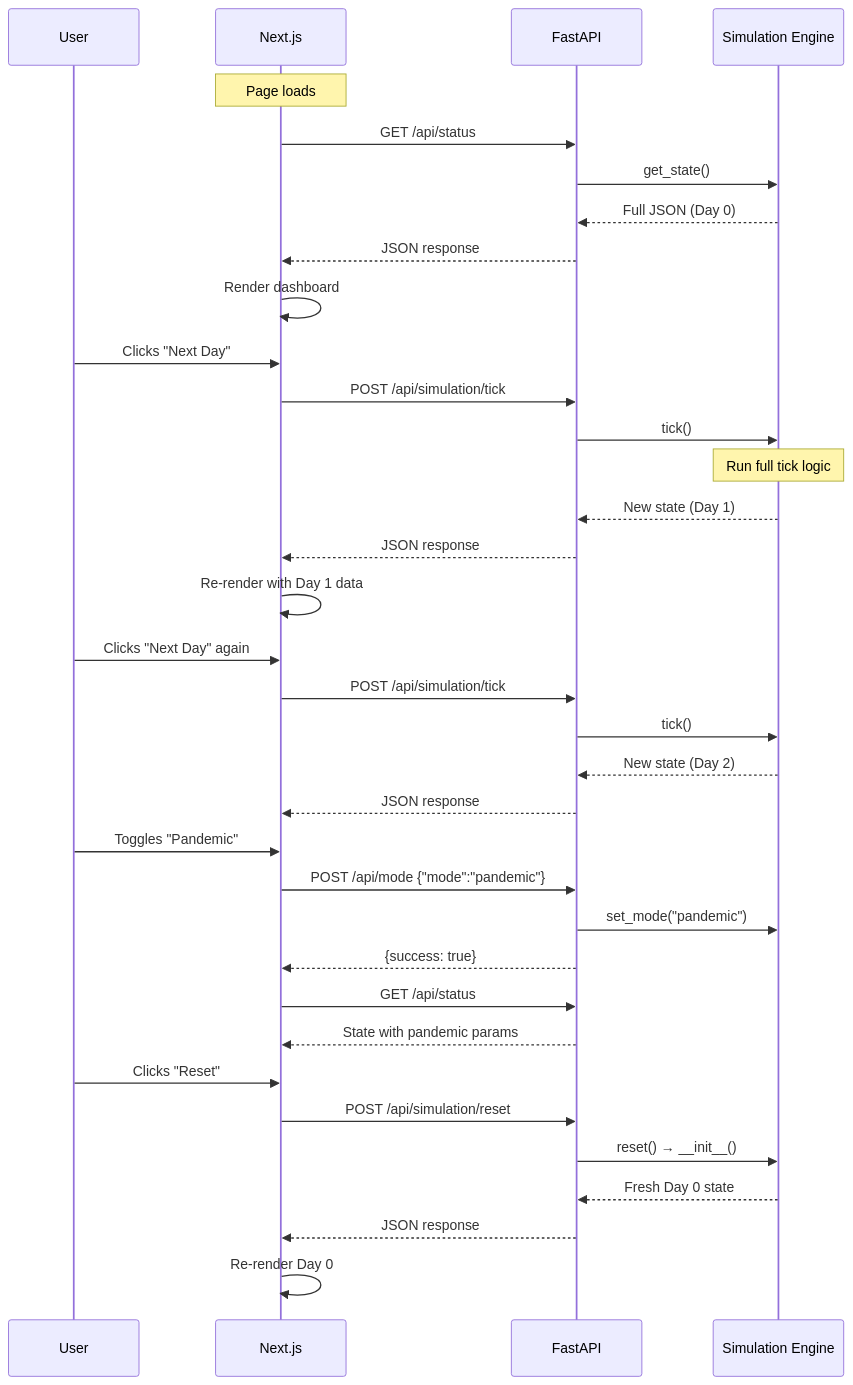
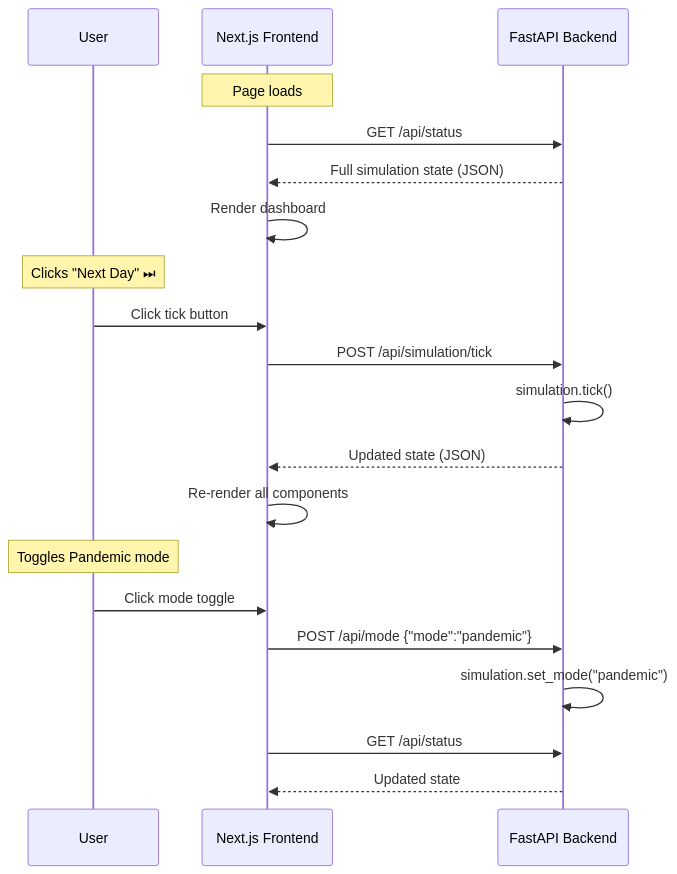
One commit to AkshitBahl/PythonHealthcareSystemSimulationProject changed the third of 5 diagrams in project_workflow.md. Above: the diagram before and after it, drawn with Mermaid. The commit also changed other lines of this file and 23 other files, not shown here.

````diff
--- a/project_workflow.md
+++ b/project_workflow.md
@@ -333,42 +249,25 @@
 ```mermaid
 sequenceDiagram
     participant User
-    participant Next.js
-    participant FastAPI
-    participant Sim as Simulation Engine
+    participant Frontend as Next.js Frontend
+    participant API as FastAPI Backend
 
-    Note over Next.js: Page loads
-    Next.js->>FastAPI: GET /api/status
-    FastAPI->>Sim: get_state()
-    Sim-->>FastAPI: Full JSON (Day 0)
-    FastAPI-->>Next.js: JSON response
-    Next.js->>Next.js: Render dashboard
+    Note over Frontend: Page loads
+    Frontend->>API: GET /api/status
+    API-->>Frontend: Full simulation state (JSON)
+    Frontend->>Frontend: Render dashboard
 
-    User->>Next.js: Clicks "Next Day"
-    Next.js->>FastAPI: POST /api/simulation/tick
-    FastAPI->>Sim: tick()
-    Note over Sim: Run full tick logic
-    Sim-->>FastAPI: New state (Day 1)
-    FastAPI-->>Next.js: JSON response
-    Next.js->>Next.js: Re-render with Day 1 data
+    Note over User: Clicks "Next Day" ⏭
+    User->>Frontend: Click tick button
+    Frontend->>API: POST /api/simulation/tick
+    API->>API: simulation.tick()
+    API-->>Frontend: Updated state (JSON)
+    Frontend->>Frontend: Re-render all components
 
-    User->>Next.js: Clicks "Next Day" again
-    Next.js->>FastAPI: POST /api/simulation/tick
-    FastAPI->>Sim: tick()
-    Sim-->>FastAPI: New state (Day 2)
-    FastAPI-->>Next.js: JSON response
-
-    User->>Next.js: Toggles "Pandemic"
-    Next.js->>FastAPI: POST /api/mode {"mode":"pandemic"}
-    FastAPI->>Sim: set_mode("pandemic")
-    FastAPI-->>Next.js: {success: true}
-    Next.js->>FastAPI: GET /api/status
-    FastAPI-->>Next.js: State with pandemic params
-
-    User->>Next.js: Clicks "Reset"
-    Next.js->>FastAPI: POST /api/simulation/reset
-    FastAPI->>Sim: reset() → __init__()
-    Sim-->>FastAPI: Fresh Day 0 state
-    FastAPI-->>Next.js: JSON response
-    Next.js->>Next.js: Re-render Day 0
+    Note over User: Toggles Pandemic mode
+    User->>Frontend: Click mode toggle
+    Frontend->>API: POST /api/mode {"mode":"pandemic"}
+    API->>API: simulation.set_mode("pandemic")
+    Frontend->>API: GET /api/status
+    API-->>Frontend: Updated state
 ```
````
